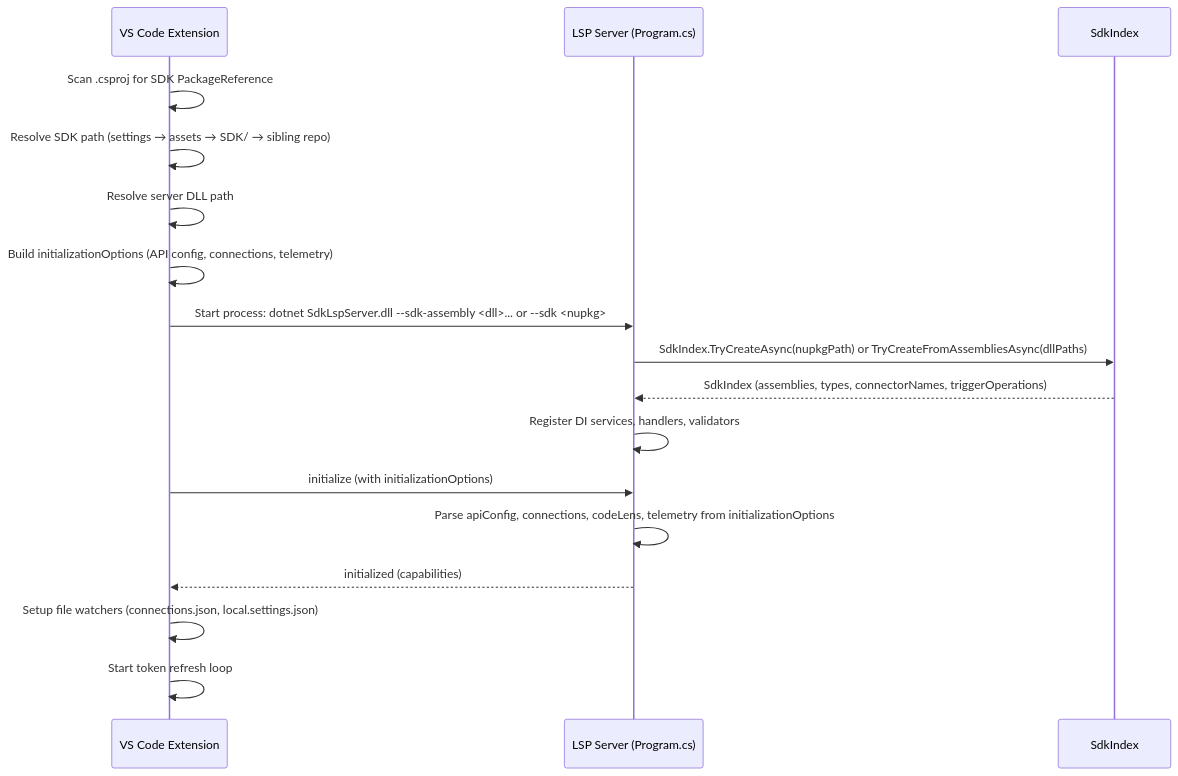
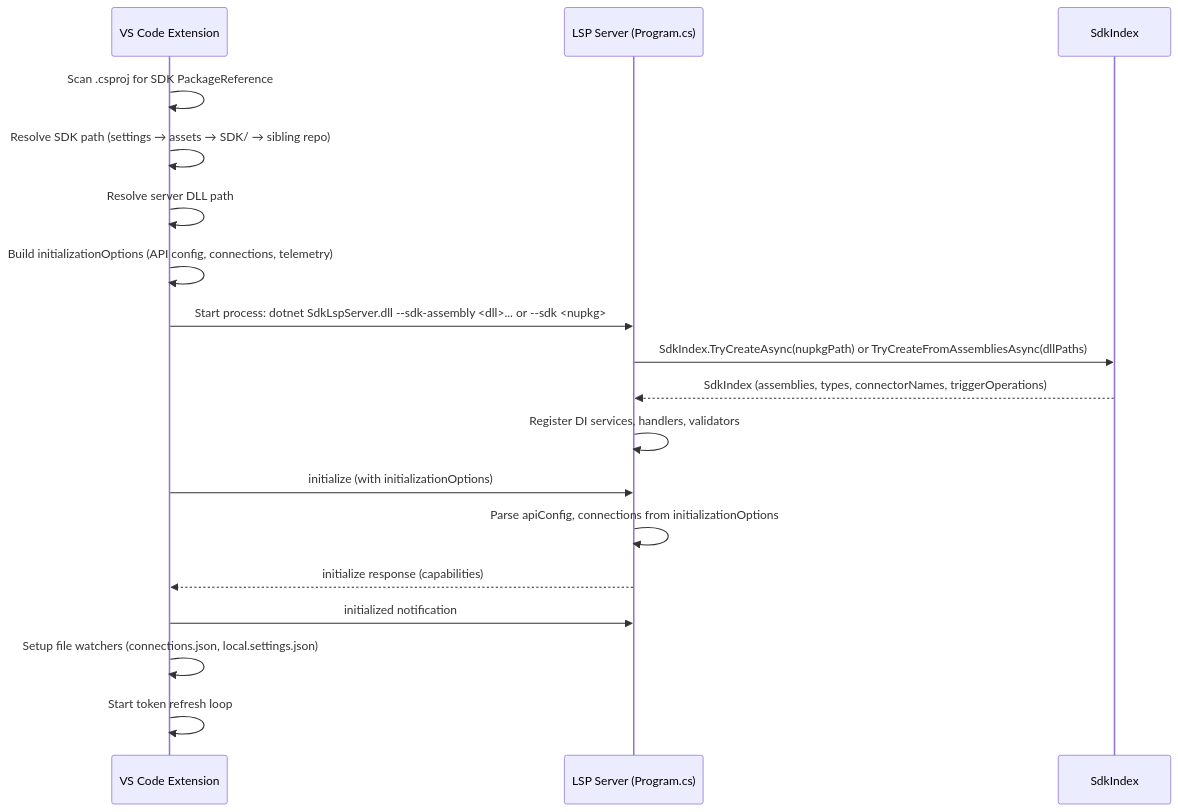
One commit to Azure/Connectors-NET-LSP changed the first of 5 diagrams in Docs/architecture.md. Above: the diagram before and after it, drawn with Mermaid. The commit also changed other lines of this file, not shown here.

Commit message:
Address PR feedback round 3: initializationOptions scope, LSP lifecycle

````diff
--- a/Docs/architecture.md
+++ b/Docs/architecture.md
@@ -97,20 +97,21 @@
 ```mermaid
 sequenceDiagram
     participant VSCode as VS Code Extension
     participant Server as LSP Server (Program.cs)
     participant Index as SdkIndex
 
     VSCode->>VSCode: Scan .csproj for SDK PackageReference
     VSCode->>VSCode: Resolve SDK path (settings → assets → SDK/ → sibling repo)
     VSCode->>VSCode: Resolve server DLL path
     VSCode->>VSCode: Build initializationOptions (API config, connections, telemetry)
     VSCode->>Server: Start process: dotnet SdkLspServer.dll --sdk-assembly <dll>... or --sdk <nupkg>
     Server->>Index: SdkIndex.TryCreateAsync(nupkgPath) or TryCreateFromAssembliesAsync(dllPaths)
     Index-->>Server: SdkIndex (assemblies, types, connectorNames, triggerOperations)
     Server->>Server: Register DI services, handlers, validators
     VSCode->>Server: initialize (with initializationOptions)
-    Server->>Server: Parse apiConfig, connections, codeLens, telemetry from initializationOptions
-    Server-->>VSCode: initialized (capabilities)
+    Server->>Server: Parse apiConfig, connections from initializationOptions
+    Server-->>VSCode: initialize response (capabilities)
+    VSCode->>Server: initialized notification
     VSCode->>VSCode: Setup file watchers (connections.json, local.settings.json)
     VSCode->>VSCode: Start token refresh loop
 ```
````
